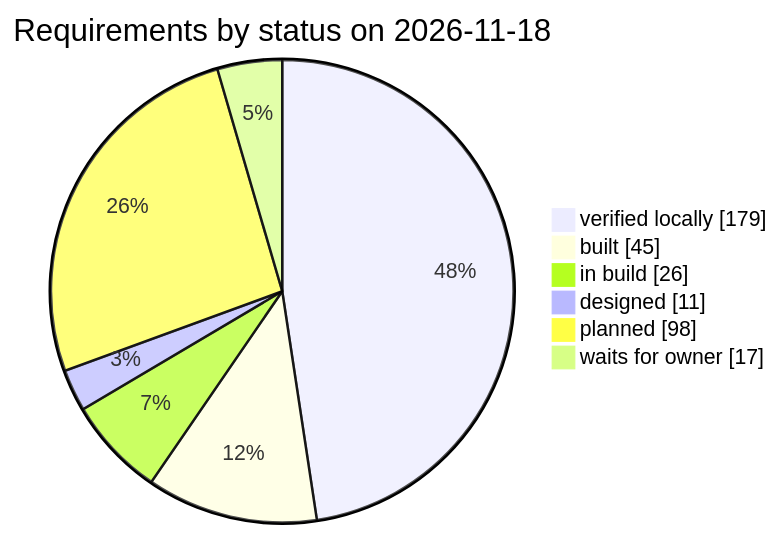
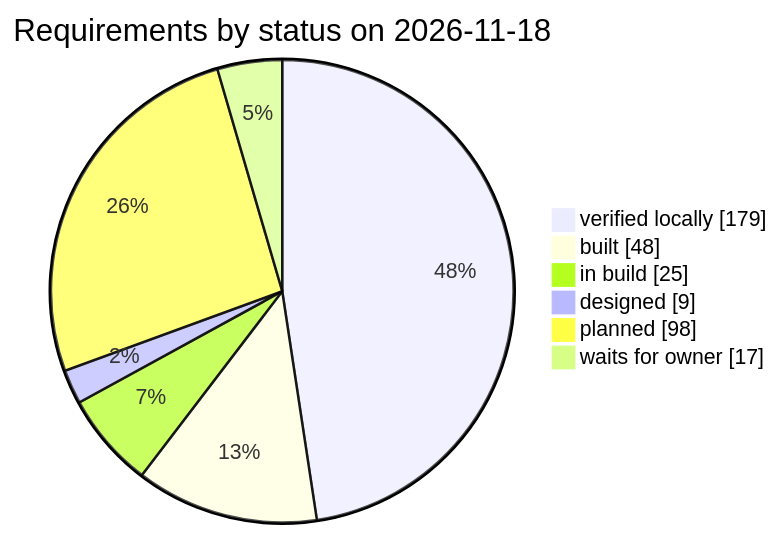
Before and after one commit to qa-io-vn/fnb-manager: the third of 3 diagrams in docs/requirements.md, drawn with Mermaid. The commit also changed other lines of this file and 10 other files, not shown here.

````diff
--- a/docs/requirements.md
+++ b/docs/requirements.md
@@ -983,10 +983,10 @@
 ```mermaid
 pie showData
     title Requirements by status on 2026-11-18
     "verified locally" : 179
-    "built" : 45
-    "in build" : 26
-    "designed" : 11
+    "built" : 48
+    "in build" : 25
+    "designed" : 9
     "planned" : 98
     "waits for owner" : 17
 ```
````
